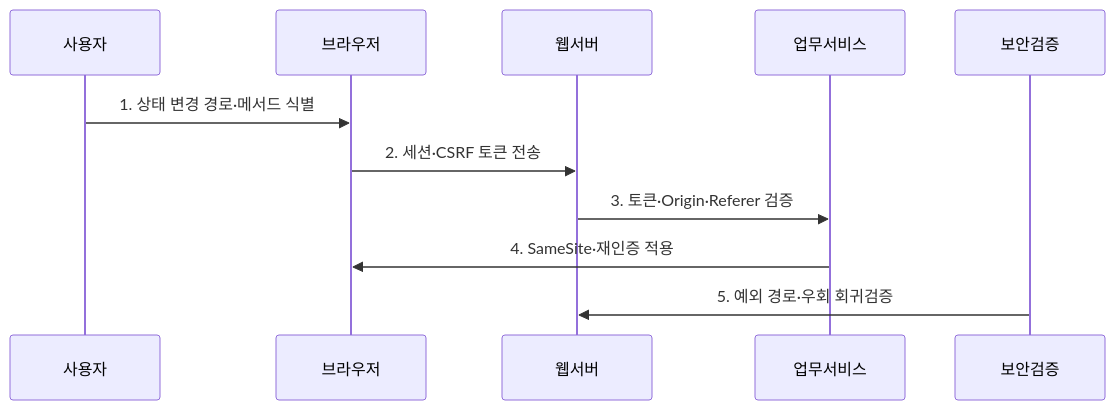
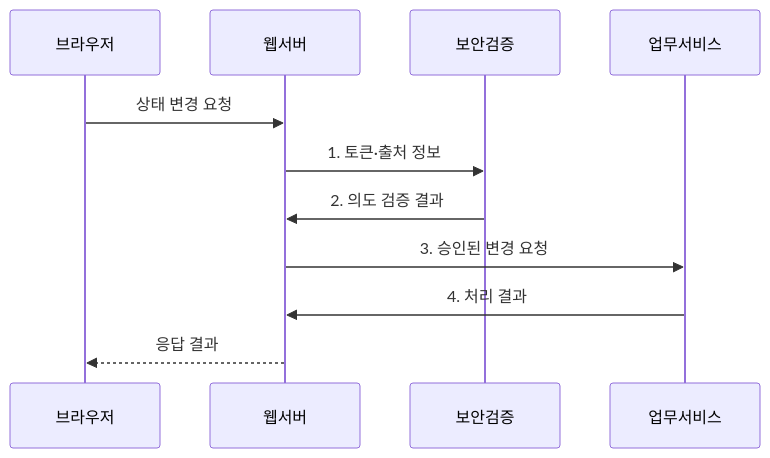
The second of 2 diagrams in src/content/docs/notes/05-security/048_csrf.md (agnusdei1207/knowledge-base), drawn with Mermaid before and after one commit. The commit also changed other lines of this file and 20 other files, not shown here.

````diff
--- a/src/content/docs/notes/05-security/048_csrf.md
+++ b/src/content/docs/notes/05-security/048_csrf.md
@@ -84,13 +84,13 @@
 ```mermaid
 sequenceDiagram
-    participant 사용자
     participant 브라우저
     participant 웹서버
+    participant 보안검증
     participant 업무서비스
-    participant 보안검증
-    사용자->>브라우저: 1. 상태 변경 경로·메서드 식별
-    브라우저->>웹서버: 2. 세션·CSRF 토큰 전송
-    웹서버->>업무서비스: 3. 토큰·Origin·Referer 검증
-    업무서비스->>브라우저: 4. SameSite·재인증 적용
-    보안검증->>웹서버: 5. 예외 경로·우회 회귀검증
+    브라우저->>웹서버: 상태 변경 요청
+    웹서버->>보안검증: 1. 토큰·출처 정보
+    보안검증->>웹서버: 2. 의도 검증 결과
+    웹서버->>업무서비스: 3. 승인된 변경 요청
+    업무서비스->>웹서버: 4. 처리 결과
+    웹서버-->>브라우저: 응답 결과
 ```
````
